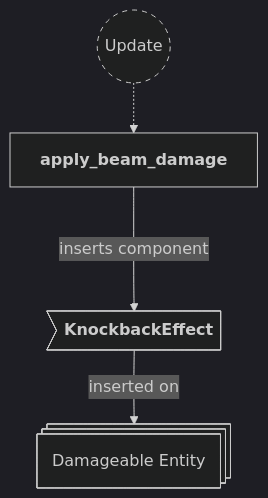
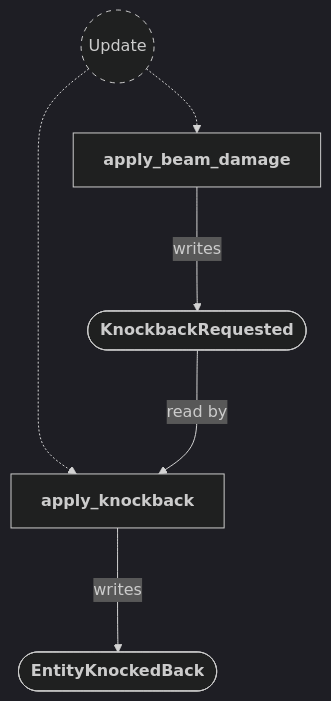
One commit to neurosoup/tyled changed the eighth of 11 diagrams in backlog/docs/doc-11 - 009-Damage-plugin.md. Above: the diagram before and after it, drawn with Mermaid. The commit also changed other lines of this file and 8 other files, not shown here.

````diff
--- a/backlog/docs/doc-11 - 009-Damage-plugin.md
+++ b/backlog/docs/doc-11 - 009-Damage-plugin.md
@@ -320,22 +341,23 @@
 ```mermaid
 ---
 config:
   theme: dark
 ---
 
 flowchart TD
 classDef system-group stroke-dasharray: 5 5
 
 update(("`Update`")):::system-group
 apply_beam_damage["`**apply_beam_damage**`"]
+apply_knockback["`**apply_knockback**`"]
 
 update -.-> apply_beam_damage
+update -.-> apply_knockback
 
-damageable_entity@{ shape: st-rect, label: "Damageable Entity" }
+knockback_requested_message(["`**KnockbackRequested**`"])
+entity_knocked_back_message(["`**EntityKnockedBack**`"])
 
-de_knockback>"`**KnockbackEffect**`"]
-
-de_knockback --> |inserted on| damageable_entity
-
-apply_beam_damage ---> |inserts component| de_knockback
+apply_beam_damage ---> |writes| knockback_requested_message
+knockback_requested_message ---> |read by| apply_knockback
+apply_knockback ---> |writes| entity_knocked_back_message
 ```
````
